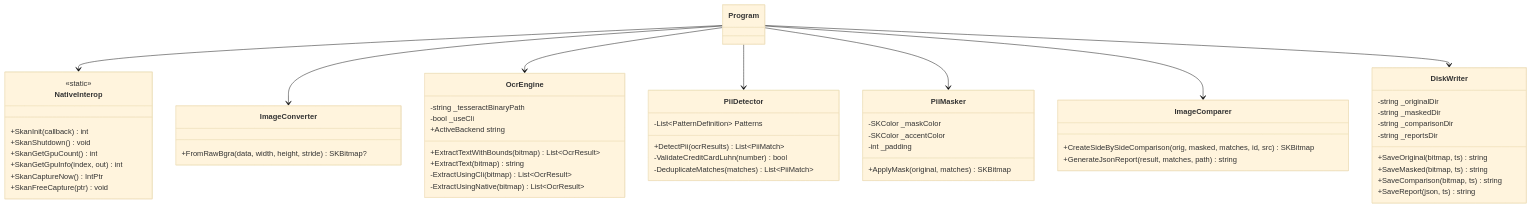
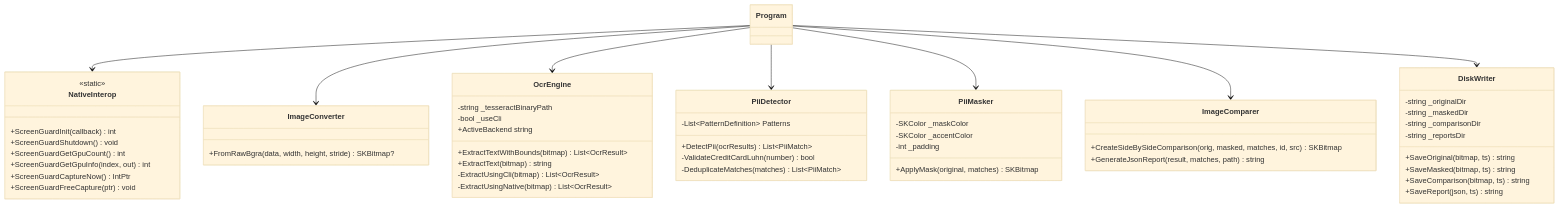
One commit to Deeps72-ux/screenguard-pii-masker changed the second of 2 diagrams in docs/LLD.md. Above: the diagram before and after it, drawn with Mermaid (base theme). The commit also changed other lines of this file and 30 other files, not shown here.

Commit message:
refactor: rename all APIs, classes, and namespaces to ScreenGuard, removing legacy names

````diff
--- a/docs/LLD.md
+++ b/docs/LLD.md
@@ -67,64 +67,64 @@
 ```mermaid
 classDiagram
     class NativeInterop {
         <<static>>
-        +SkanInit(callback) int
-        +SkanShutdown() void
-        +SkanGetGpuCount() int
-        +SkanGetGpuInfo(index, out) int
-        +SkanCaptureNow() IntPtr
-        +SkanFreeCapture(ptr) void
+        +ScreenGuardInit(callback) int
+        +ScreenGuardShutdown() void
+        +ScreenGuardGetGpuCount() int
+        +ScreenGuardGetGpuInfo(index, out) int
+        +ScreenGuardCaptureNow() IntPtr
+        +ScreenGuardFreeCapture(ptr) void
     }
 
     class ImageConverter {
         +FromRawBgra(data, width, height, stride) SKBitmap?
     }
 
     class OcrEngine {
         -string _tesseractBinaryPath
         -bool _useCli
         +ActiveBackend string
         +ExtractTextWithBounds(bitmap) List~OcrResult~
         +ExtractText(bitmap) string
         -ExtractUsingCli(bitmap) List~OcrResult~
         -ExtractUsingNative(bitmap) List~OcrResult~
     }
 
     class PiiDetector {
         -List~PatternDefinition~ Patterns
         +DetectPii(ocrResults) List~PiiMatch~
         -ValidateCreditCardLuhn(number) bool
         -DeduplicateMatches(matches) List~PiiMatch~
     }
 
     class PiiMasker {
         -SKColor _maskColor
         -SKColor _accentColor
         -int _padding
         +ApplyMask(original, matches) SKBitmap
     }
 
     class ImageComparer {
         +CreateSideBySideComparison(orig, masked, matches, id, src) SKBitmap
         +GenerateJsonReport(result, matches, path) string
     }
 
     class DiskWriter {
         -string _originalDir
         -string _maskedDir
         -string _comparisonDir
         -string _reportsDir
         +SaveOriginal(bitmap, ts) string
         +SaveMasked(bitmap, ts) string
         +SaveComparison(bitmap, ts) string
         +SaveReport(json, ts) string
     }
 
     Program --> NativeInterop
     Program --> ImageConverter
     Program --> OcrEngine
     Program --> PiiDetector
     Program --> PiiMasker
     Program --> ImageComparer
     Program --> DiskWriter
 ```
````
